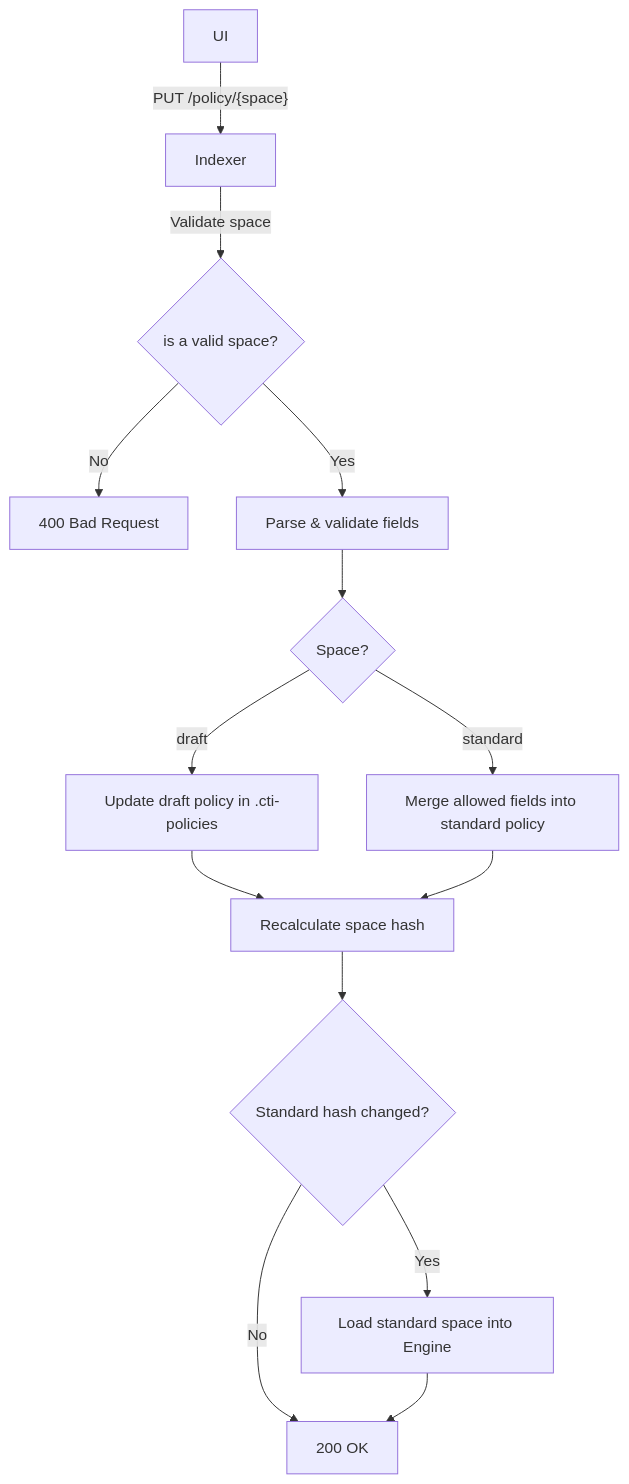
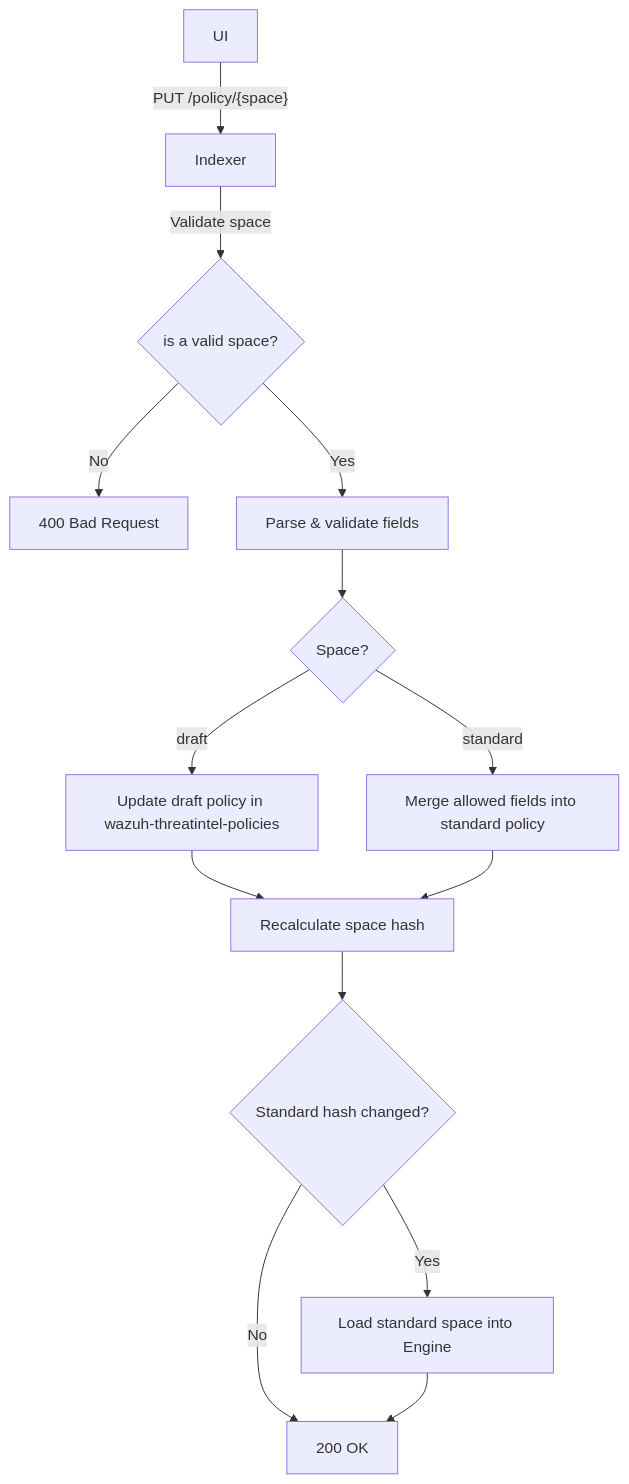
Before and after one commit to wazuh/wazuh-indexer-plugins: the sixth of 10 diagrams in docs/dev/plugins/content-manager.md, drawn with Mermaid. The commit also changed other lines of this file and 8 other files, not shown here.

````diff
--- a/docs/dev/plugins/content-manager.md
+++ b/docs/dev/plugins/content-manager.md
@@ -520,16 +520,16 @@
 ```mermaid
 flowchart TD
     UI[UI] -->|"PUT /policy/{space}"| Indexer
     Indexer -->|Validate space| SpaceCheck{is a valid space?}
     SpaceCheck -->|No| Error400[400 Bad Request]
     SpaceCheck -->|Yes| Parse[Parse & validate fields]
     Parse --> SpaceBranch{Space?}
-    SpaceBranch -->|draft| StoreDraft[Update draft policy in .cti-policies]
+    SpaceBranch -->|draft| StoreDraft[Update draft policy in wazuh-threatintel-policies]
     SpaceBranch -->|standard| StoreStd[Merge allowed fields into standard policy]
     StoreDraft --> Hash[Recalculate space hash]
     StoreStd --> Hash
     Hash --> EngineCheck{Standard hash changed?}
     EngineCheck -->|Yes| Engine[Load standard space into Engine]
     EngineCheck -->|No| OK[200 OK]
     Engine --> OK
 ```
````
